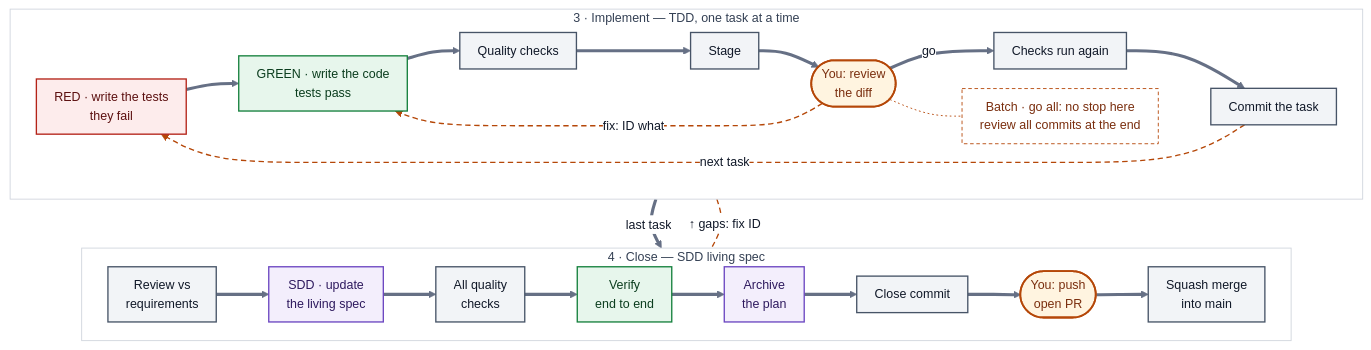
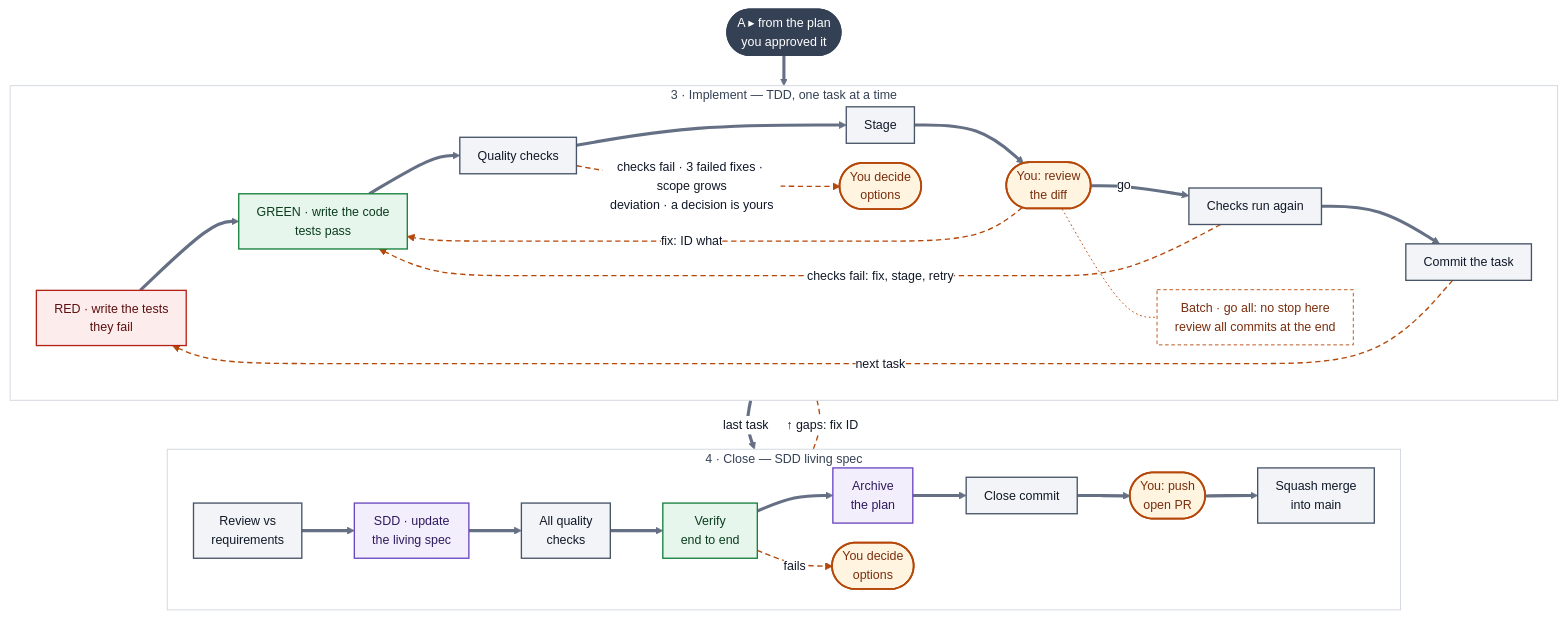
The second of 3 diagrams in README.md (stevenhdz/spec-driven-development), drawn with Mermaid before and after one commit. The commit also changed other lines of this file, not shown here.

Commit message:
docs: flow diagrams show every side path and where each one continues

````diff
--- a/README.md
+++ b/README.md
@@ -94,44 +98,52 @@
 ```mermaid
 %%{init: {"theme": "base", "themeVariables": {"fontFamily": "-apple-system, BlinkMacSystemFont, Segoe UI, Noto Sans, Helvetica, Arial, sans-serif", "fontSize": "14px", "lineColor": "#667085", "primaryTextColor": "#101828", "clusterBkg": "#FFFFFF", "clusterBorder": "#D0D5DD", "edgeLabelBackground": "#FFFFFF", "titleColor": "#344054"}, "flowchart": {"curve": "basis", "nodeSpacing": 22, "rankSpacing": 34, "padding": 10}}}%%
 flowchart TB
+    FA(["A ▸ from the plan<br>you approved it"]):::conn
     subgraph I ["3 · Implement — TDD, one task at a time"]
         direction LR
         W["RED · write the tests<br>they fail"]:::red
         G["GREEN · write the code<br>tests pass"]:::green
         SC["Quality checks"]:::auto
         ST["Stage"]:::auto
         D(["You: review<br>the diff"]):::human
         HK["Checks run again"]:::auto
         CM["Commit the task"]:::auto
+        BL(["You decide<br>options"]):::human
+        BN["Batch · go all: no stop here<br>review all commits at the end"]:::note
         W ==> G ==> SC ==> ST ==> D
         D ==>|go| HK ==> CM
         D -.->|"fix: ID what"| G
         CM -.->|next task| W
-        BN["Batch · go all: no stop here<br>review all commits at the end"]:::note
+        HK -.->|"checks fail: fix, stage, retry"| G
+        SC -.->|"checks fail · 3 failed fixes · scope grows<br>deviation · a decision is yours"| BL
         D -.- BN
     end
     subgraph C ["4 · Close — SDD living spec"]
         direction LR
         RV["Review vs<br>requirements"]:::auto
         M["SDD · update<br>the living spec"]:::sdd
         FG["All quality<br>checks"]:::auto
         V["Verify<br>end to end"]:::green
         AR["Archive<br>the plan"]:::sdd
         K["Close commit"]:::auto
         PU(["You: push<br>open PR"]):::human
         SQ["Squash merge<br>into main"]:::auto
+        VF(["You decide<br>options"]):::human
         RV ==> M ==> FG ==> V ==> AR ==> K ==> PU ==> SQ
+        V -.->|fails| VF
     end
+    FA ==> I
     I ==>|last task| C
     I <-.-|"↑ gaps: fix ID"| C
     classDef research fill:#EAF0FB,stroke:#3B5BA9,stroke-width:1.5px,color:#1E2A44
     classDef sdd fill:#F3EEFC,stroke:#6B46C1,stroke-width:1.5px,color:#2E1A5E
     classDef bdd fill:#E6F6F4,stroke:#0F766E,stroke-width:1.5px,color:#0B3B36
     classDef red fill:#FDECEC,stroke:#B42318,stroke-width:1.5px,color:#5C1010
     classDef green fill:#E7F6EC,stroke:#15803D,stroke-width:1.5px,color:#0B3D1E
     classDef auto fill:#F2F4F7,stroke:#475467,stroke-width:1.5px,color:#101828
     classDef human fill:#FFF4E0,stroke:#B54708,stroke-width:2px,color:#7A2E0E
     classDef note fill:#FFFFFF,stroke:#B54708,stroke-width:1px,stroke-dasharray:4 3,color:#7A2E0E
-    linkStyle 6,7,17 stroke:#B54708,stroke-width:1.5px,stroke-dasharray:6 4
-    linkStyle 8 stroke:#B54708,stroke-width:1px,stroke-dasharray:2 3
+    classDef conn fill:#344054,stroke:#344054,stroke-width:1.5px,color:#FFFFFF
+    linkStyle 6,7,8,9,18,21 stroke:#B54708,stroke-width:1.5px,stroke-dasharray:6 4
+    linkStyle 10 stroke:#B54708,stroke-width:1px,stroke-dasharray:2 3
 ```
````
